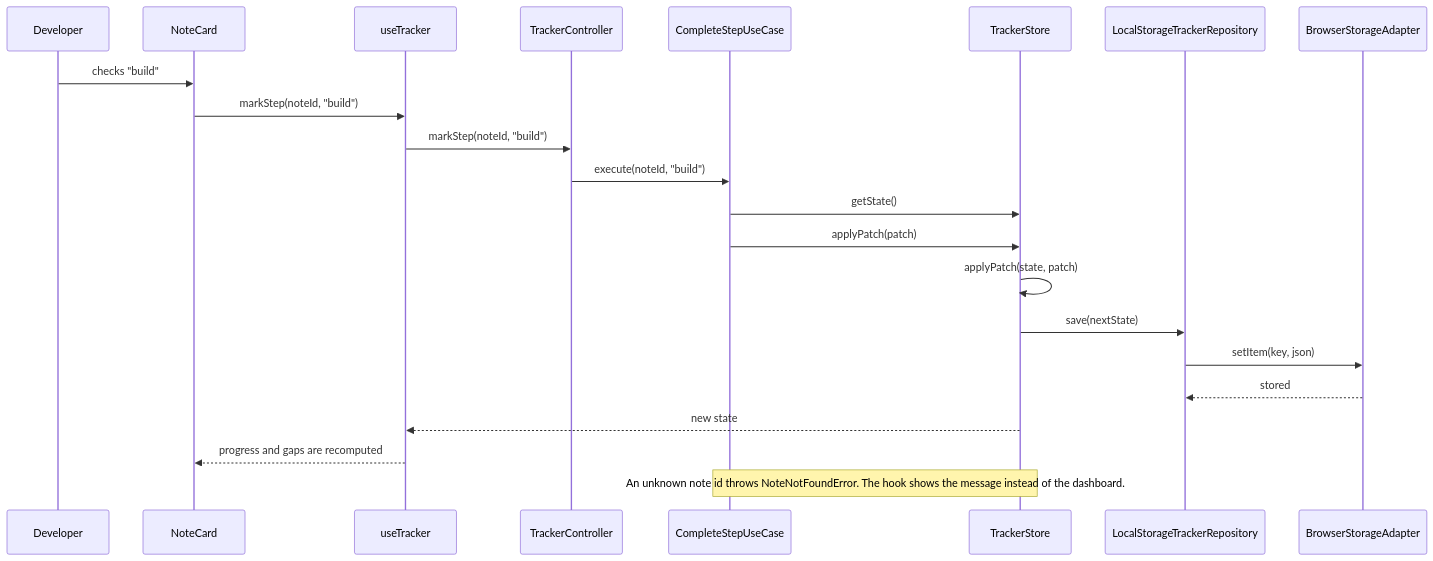
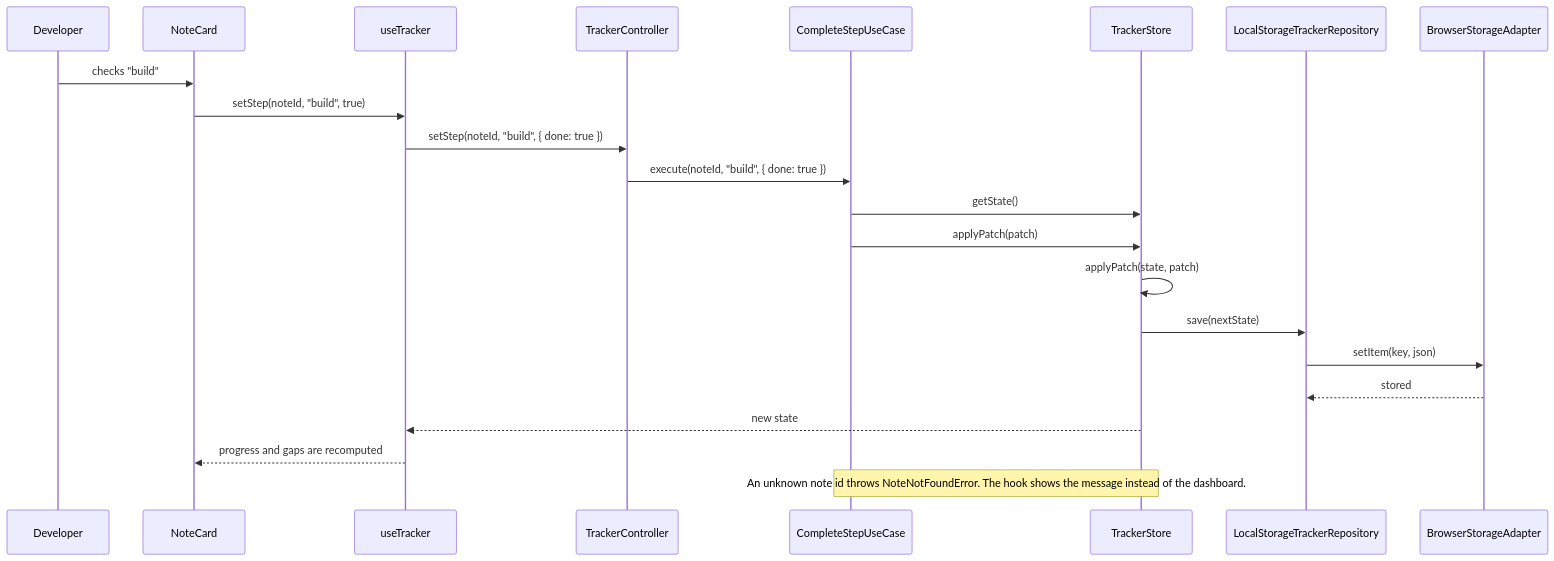
Before and after one commit to lakshay-testsigma/notes_management: the second of 3 diagrams in projects/frontend-engineering/learning-system-and-workstation/how-to-learn-frontend/capstone/ARCHITECTURE.md, drawn with Mermaid. The commit also changed other lines of this file and 5 other files, not shown here.

````diff
--- a/projects/frontend-engineering/learning-system-and-workstation/how-to-learn-frontend/capstone/ARCHITECTURE.md
+++ b/projects/frontend-engineering/learning-system-and-workstation/how-to-learn-frontend/capstone/ARCHITECTURE.md
@@ -94,24 +93,24 @@
 ```mermaid
 sequenceDiagram
   participant D as Developer
   participant N as NoteCard
   participant H as useTracker
   participant C as TrackerController
   participant U as CompleteStepUseCase
   participant S as TrackerStore
   participant R as LocalStorageTrackerRepository
   participant A as BrowserStorageAdapter
   D->>N: checks "build"
-  N->>H: markStep(noteId, "build")
-  H->>C: markStep(noteId, "build")
-  C->>U: execute(noteId, "build")
+  N->>H: setStep(noteId, "build", true)
+  H->>C: setStep(noteId, "build", { done: true })
+  C->>U: execute(noteId, "build", { done: true })
   U->>S: getState()
   U->>S: applyPatch(patch)
   S->>S: applyPatch(state, patch)
   S->>R: save(nextState)
   R->>A: setItem(key, json)
   A-->>R: stored
   S-->>H: new state
   H-->>N: progress and gaps are recomputed
   Note over U,S: An unknown note id throws NoteNotFoundError. The hook shows the message instead of the dashboard.
 ```
````
